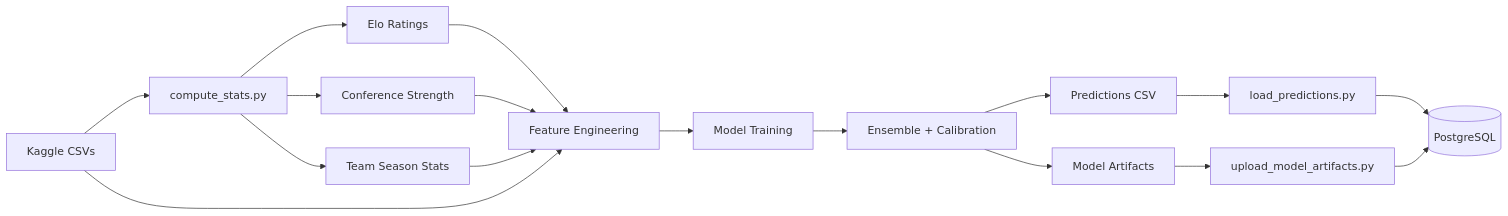
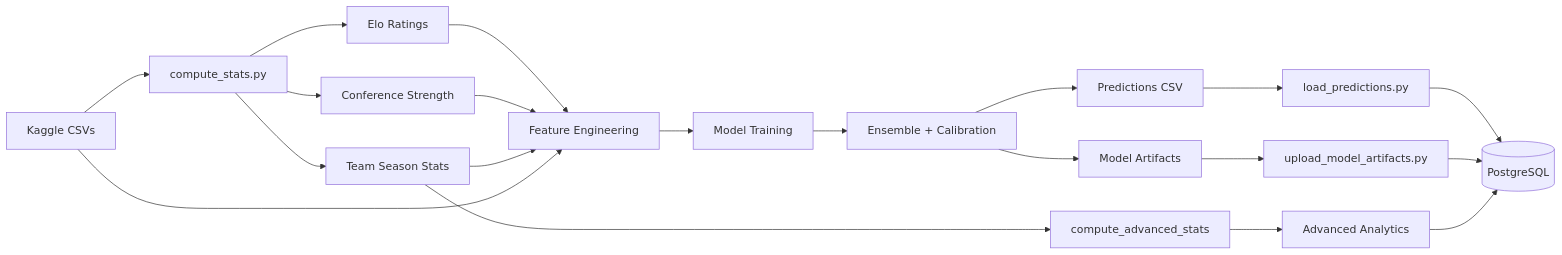
Before and after one commit to rapaugustino/ubunifu-madness: the first of 2 diagrams in docs/MODEL.md, drawn with Mermaid. The commit also changed other lines of this file and 29 other files, not shown here.

First line of the commit message:
Add advanced analytics signal, player leaderboard, and conference stats

````diff
--- a/docs/MODEL.md
+++ b/docs/MODEL.md
@@ -55,19 +55,22 @@
 ```mermaid
 graph LR
     A[Kaggle CSVs] --> B[compute_stats.py]
     B --> C[Elo Ratings]
     B --> D[Conference Strength]
     B --> E[Team Season Stats]
+    E --> N[compute_advanced_stats]
+    N --> O[Advanced Analytics]
     C --> F[Feature Engineering]
     D --> F
     E --> F
     A --> F
     F --> G[Model Training]
     G --> H[Ensemble + Calibration]
     H --> I[Predictions CSV]
     H --> J[Model Artifacts]
     I --> K[load_predictions.py]
     J --> L[upload_model_artifacts.py]
     K --> M[(PostgreSQL)]
     L --> M
+    O --> M
 ```
````
